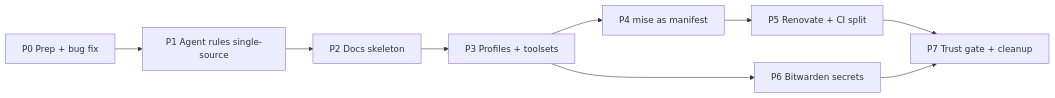
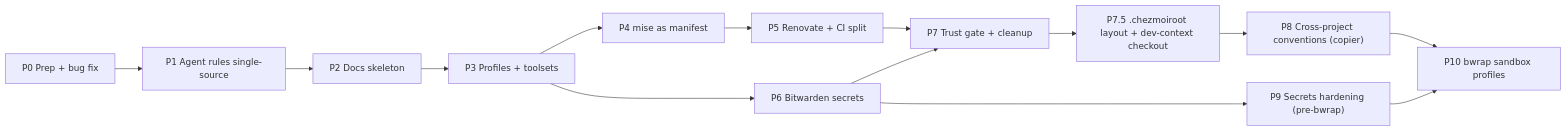
The diagram in plans/part5-platform-roadmap.md (AmazingHorse/mydotfiles), drawn with Mermaid before and after one commit. The commit also changed other lines of this file and 1 other file, not shown here.

````diff
--- a/plans/part5-platform-roadmap.md
+++ b/plans/part5-platform-roadmap.md
@@ -14,11 +14,16 @@
 ```mermaid
 flowchart LR
   P0["P0 Prep + bug fix"] --> P1["P1 Agent rules single-source"]
   P1 --> P2["P2 Docs skeleton"]
   P2 --> P3["P3 Profiles + toolsets"]
   P3 --> P4["P4 mise as manifest"]
   P4 --> P5["P5 Renovate + CI split"]
   P3 --> P6["P6 Bitwarden secrets"]
   P5 --> P7["P7 Trust gate + cleanup"]
   P6 --> P7
+  P7 --> P75["P7.5 .chezmoiroot layout + dev-context checkout"]
+  P75 --> P8["P8 Cross-project conventions (copier)"]
+  P6 --> P9["P9 Secrets hardening (pre-bwrap)"]
+  P8 --> P10["P10 bwrap sandbox profiles"]
+  P9 --> P10
 ```
````
